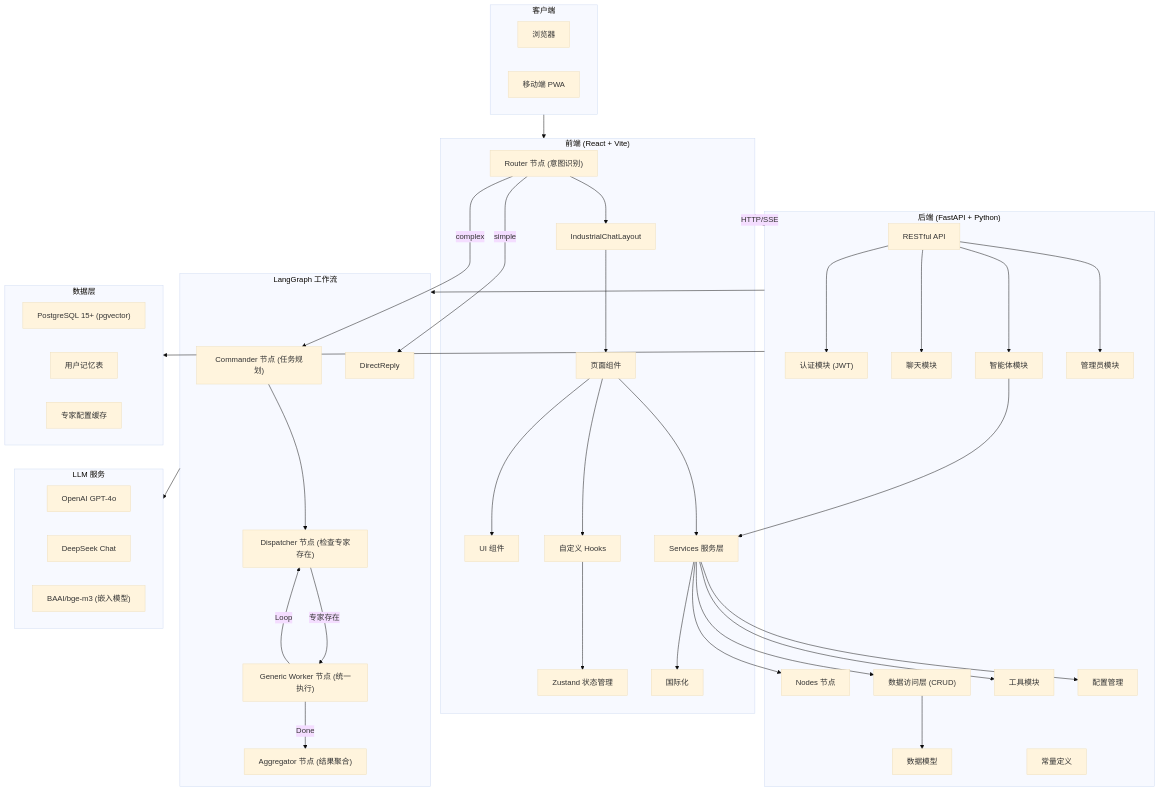
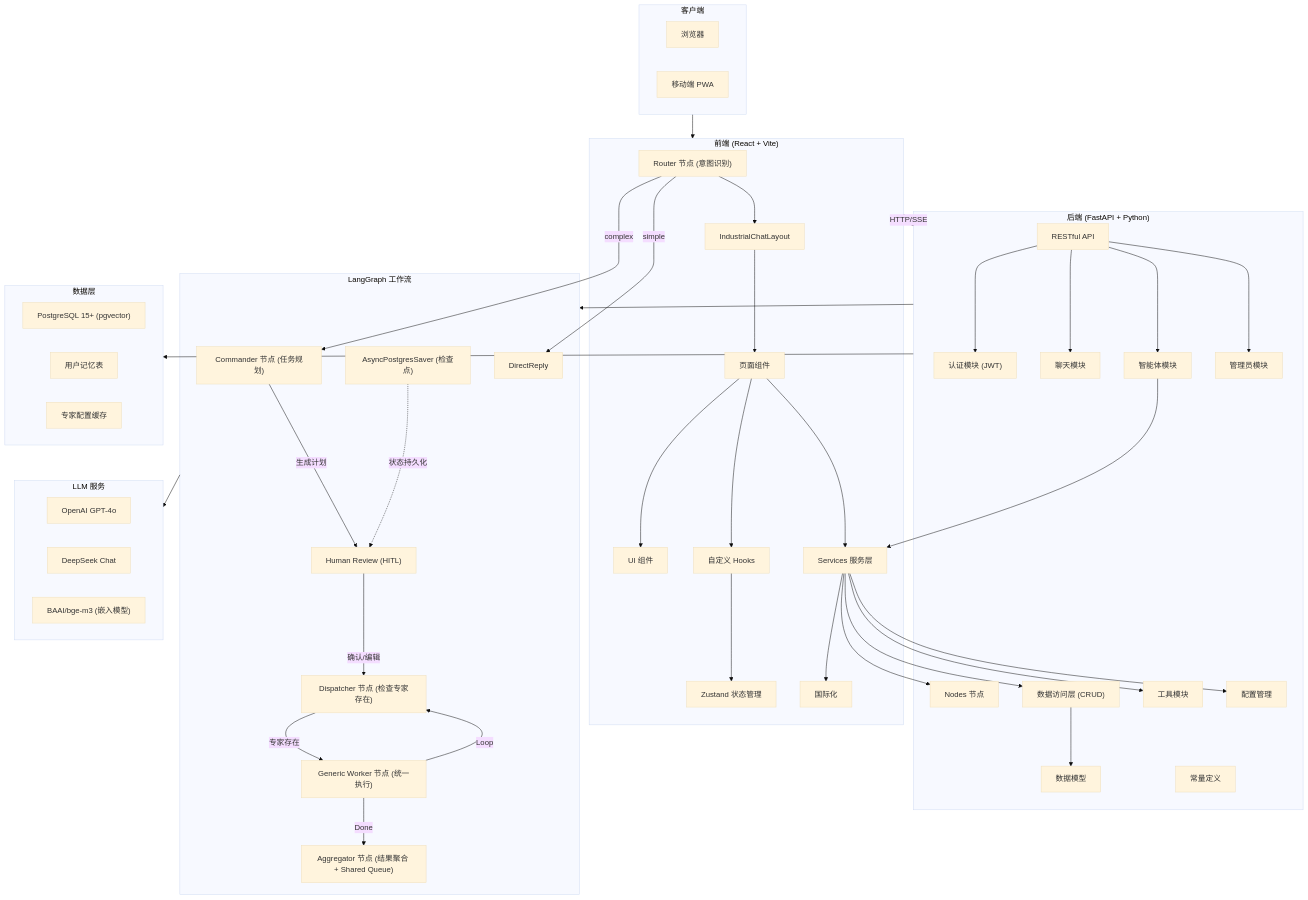
The diagram in README.md (alex1987chn/xpouch-ai), drawn with Mermaid (base theme) before and after one commit. The commit also changed other lines of this file and 21 other files, not shown here.

```diff
--- a/README.md
+++ b/README.md
@@ -401,16 +513,20 @@
     subgraph LangGraph["LangGraph 工作流"]
         Router["Router 节点 (意图识别)"]
         Commander["Commander 节点 (任务规划)"]
+        HumanReview["Human Review (HITL)"]
         Dispatcher["Dispatcher 节点 (检查专家存在)"]
         Generic["Generic Worker 节点 (统一执行)"]
-        Aggregator["Aggregator 节点 (结果聚合)"]
+        Aggregator["Aggregator 节点 (结果聚合 + Shared Queue)"]
+        Checkpointer["AsyncPostgresSaver (检查点)"]
 
         Router --> |simple| DirectReply
         Router --> |complex| Commander
-        Commander --> Dispatcher
+        Commander --> |生成计划| HumanReview
+        HumanReview --> |确认/编辑| Dispatcher
         Dispatcher --> |专家存在| Generic
         Generic --> |Loop| Dispatcher
         Generic --> |Done| Aggregator
+        Checkpointer -.-> |状态持久化| HumanReview
     end
 
     subgraph Database["数据层"]
```
